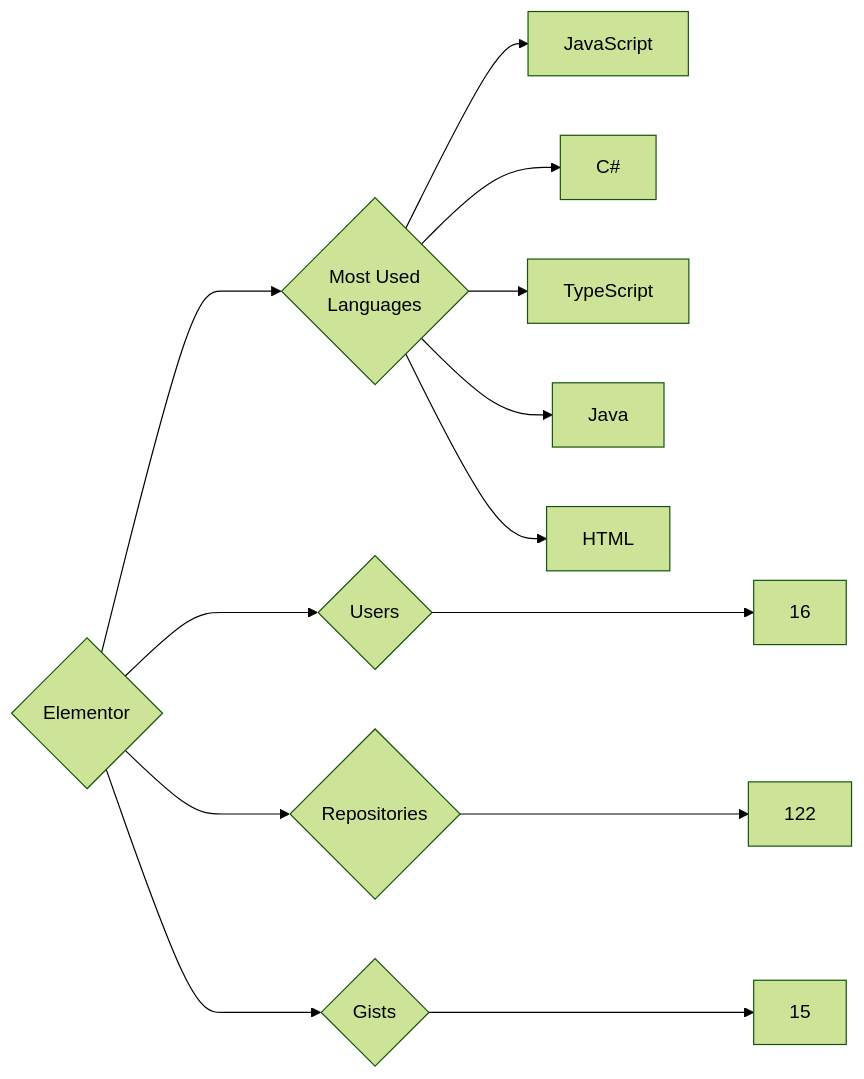
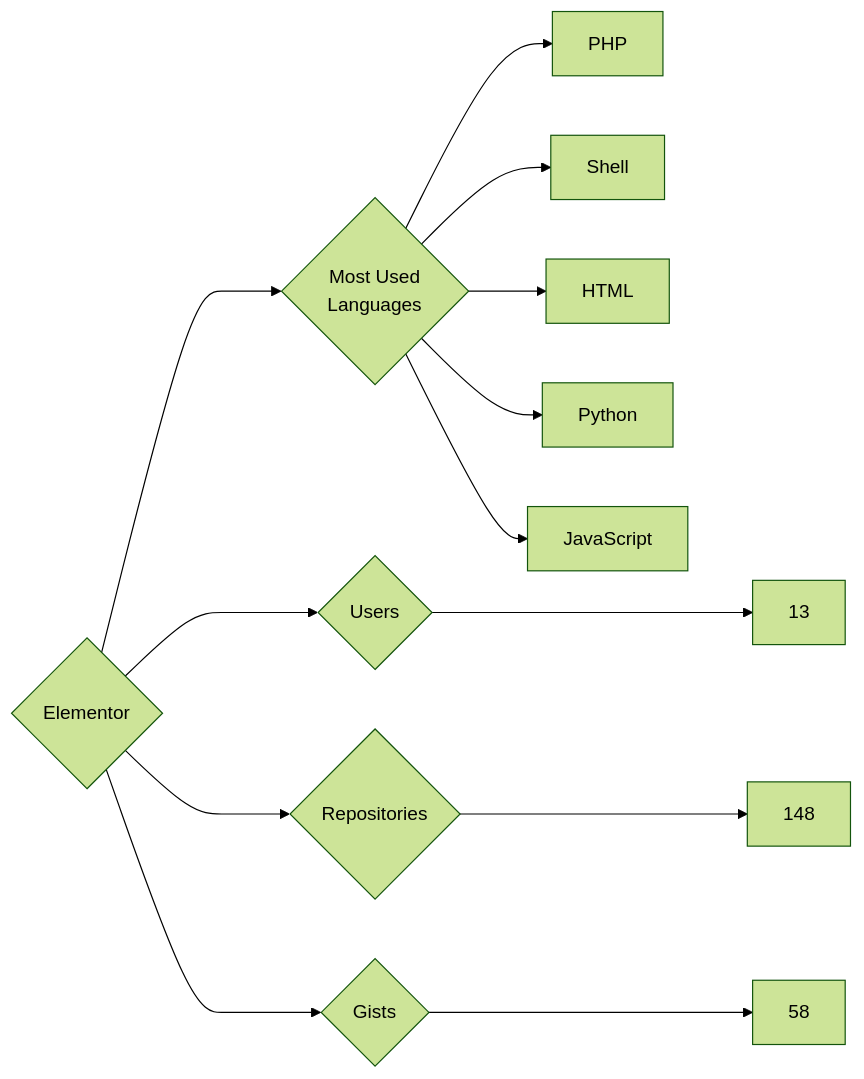
The diagram in targets/Elementor/README.md (trickest/insiders), drawn with Mermaid (forest theme) before and after one commit. The commit also changed 826 other files, not shown here.

````diff
--- a/targets/Elementor/README.md
+++ b/targets/Elementor/README.md
@@ -3,13 +3,13 @@
 ```mermaid
 graph LR
 COMPANY_NAME{Elementor}
-COMPANY_NAME ---> U{Users} ---> UN[16]
-COMPANY_NAME ---> R{Repositories} ---> RN[122]
-COMPANY_NAME ---> G{Gists} ---> GN[15]
+COMPANY_NAME ---> U{Users} ---> UN[13]
+COMPANY_NAME ---> R{Repositories} ---> RN[148]
+COMPANY_NAME ---> G{Gists} ---> GN[58]
 COMPANY_NAME ---> ML{Most Used<br>Languages}
+ML --> PHP[PHP]
+ML --> Shell[Shell]
+ML --> HTML[HTML]
+ML --> Python[Python]
 ML --> JavaScript[JavaScript]
-ML --> C#[C#]
-ML --> TypeScript[TypeScript]
-ML --> Java[Java]
-ML --> HTML[HTML]
 ```
````
